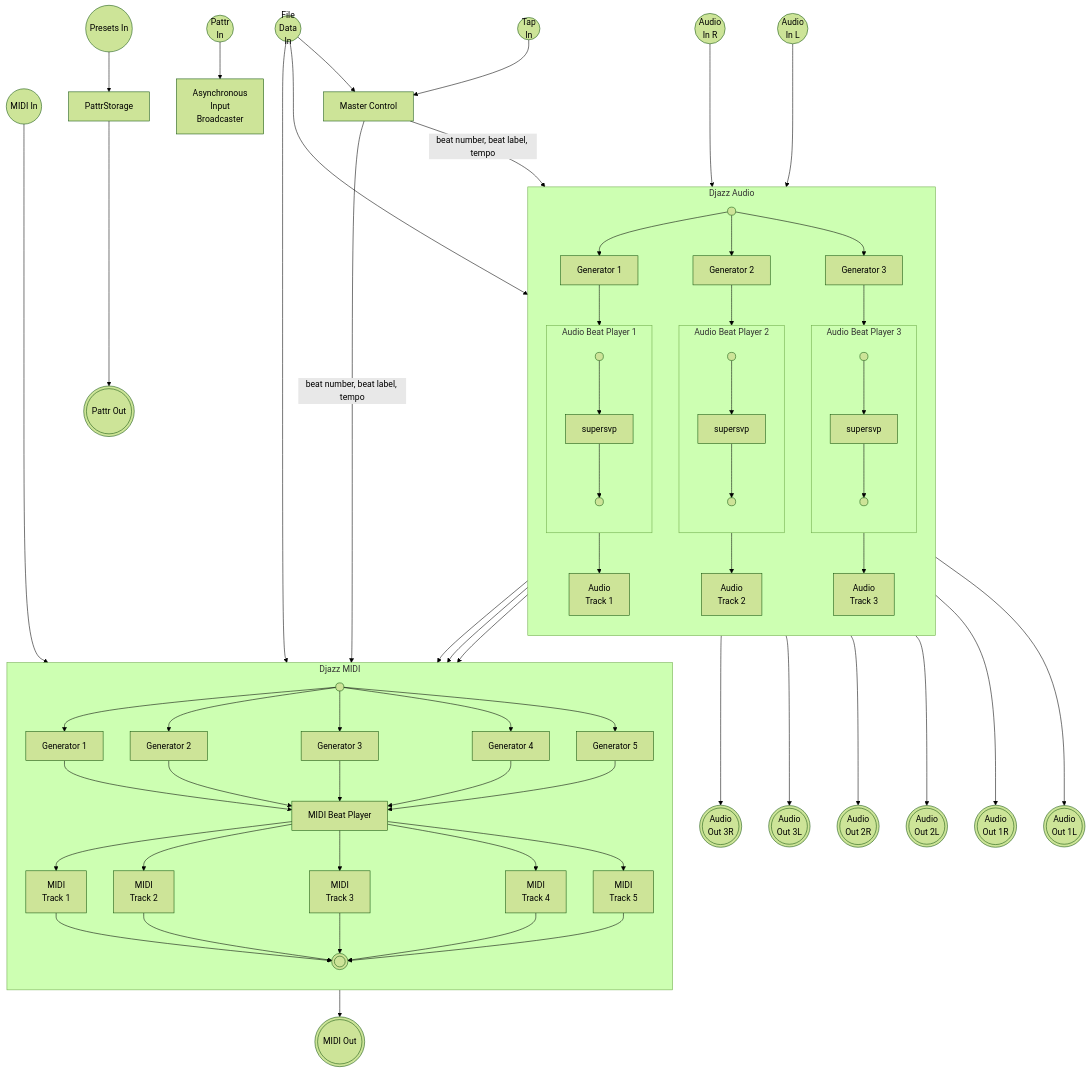
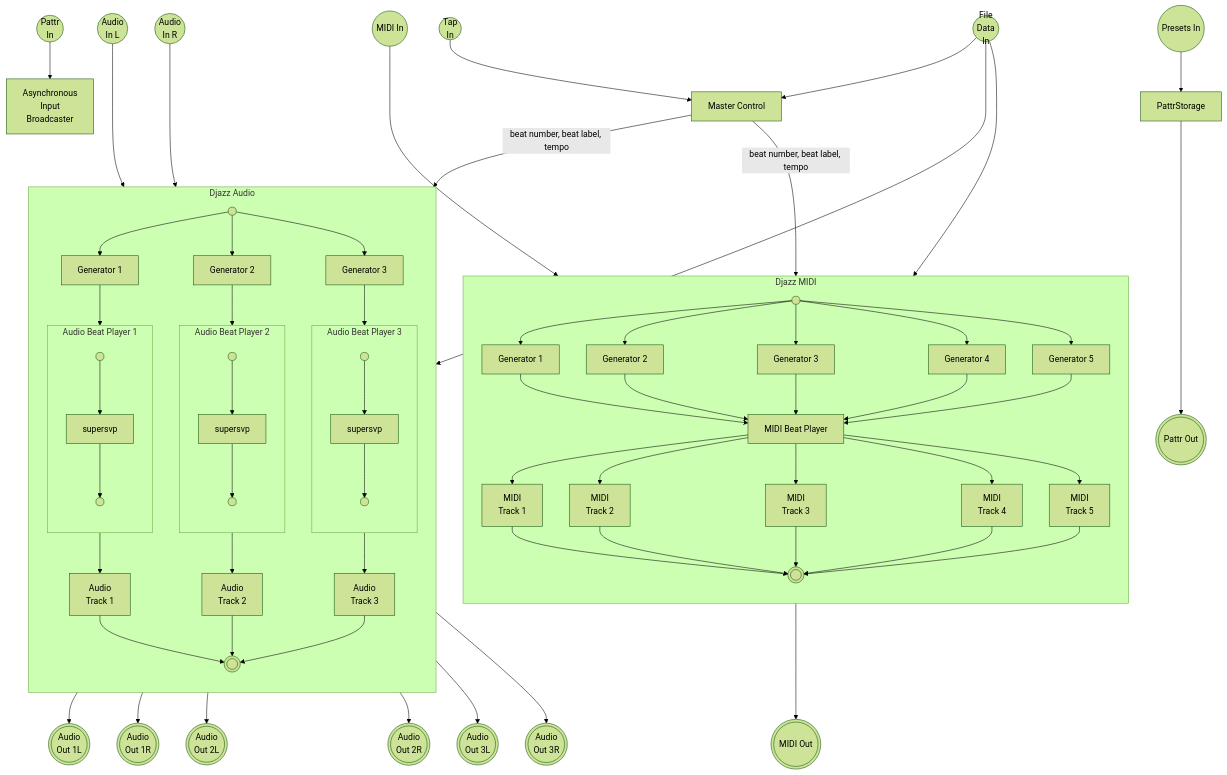
One commit to repmus-docs/DjazzDocs changed the second of 2 diagrams in content/3_API/1_abstraction_references/djazz.md. Above: the diagram before and after it, drawn with Mermaid (forest theme). The commit also changed other lines of this file, not shown here.

Commit message:
fix detailed djazz API diagram

```diff
--- a/content/3_API/1_abstraction_references/djazz.md
+++ b/content/3_API/1_abstraction_references/djazz.md
@@ -71,34 +71,34 @@
 
 subgraph Midi[Djazz MIDI];
 direction TB
-  gIn(( ))
-  g1[Generator 1]
-  g2[Generator 2]
-  g3[Generator 3]
-  g4[Generator 4]
-  g5[Generator 5]
+  mgIn(( ))
+  mg1[Generator 1]
+  mg2[Generator 2]
+  mg3[Generator 3]
+  mg4[Generator 4]
+  mg5[Generator 5]
 
   mbPlayer[MIDI Beat Player]
 
-  t1[MIDI\nTrack 1]
-  t2[MIDI\nTrack 2]
-  t3[MIDI\nTrack 3]
-  t4[MIDI\nTrack 4]
-  t5[MIDI\nTrack 5]
+  mt1[MIDI\nTrack 1]
+  mt2[MIDI\nTrack 2]
+  mt3[MIDI\nTrack 3]
+  mt4[MIDI\nTrack 4]
+  mt5[MIDI\nTrack 5]
 
-  gOut((( )))
+  mgOut((( )))
 
-  gIn --> g1 --> mbPlayer
-  gIn --> g2 --> mbPlayer
-  gIn --> g3 --> mbPlayer
-  gIn --> g4 --> mbPlayer
-  gIn --> g5 --> mbPlayer
+  mgIn --> mg1 --> mbPlayer
+  mgIn --> mg2 --> mbPlayer
+  mgIn --> mg3 --> mbPlayer
+  mgIn --> mg4 --> mbPlayer
+  mgIn --> mg5 --> mbPlayer
 
-  mbPlayer --> t1 --> gOut
-  mbPlayer --> t2 --> gOut
-  mbPlayer --> t3 --> gOut
-  mbPlayer --> t4 --> gOut
-  mbPlayer --> t5 --> gOut
+  mbPlayer --> mt1 --> mgOut
+  mbPlayer --> mt2 --> mgOut
+  mbPlayer --> mt3 --> mgOut
+  mbPlayer --> mt4 --> mgOut
+  mbPlayer --> mt5 --> mgOut
 end
 
 subgraph Audio[Djazz Audio];
@@ -136,14 +136,14 @@
   at2[Audio\nTrack 2]
   at3[Audio\nTrack 3]
 
-  gOut((( )))
+  agOut((( )))
 
-  agIn -->    ag1 --> ab1in 
-  ab1out -->  at1 --> gOut
-  agIn -->    ag2 --> ab2in
-  ab2out -->  at2 --> gOut
-  agIn -->    ag3 --> ab3in 
-  ab3out -->  at3 --> gOut
+  agIn    --> ag1 --> ab1in 
+  ab1out  --> at1 --> agOut
+  agIn    --> ag2 --> ab2in
+  ab2out  --> at2 --> agOut
+  agIn    --> ag3 --> ab3in 
+  ab3out  --> at3 --> agOut
 end
 
 PattrStorage[PattrStorage]
```
